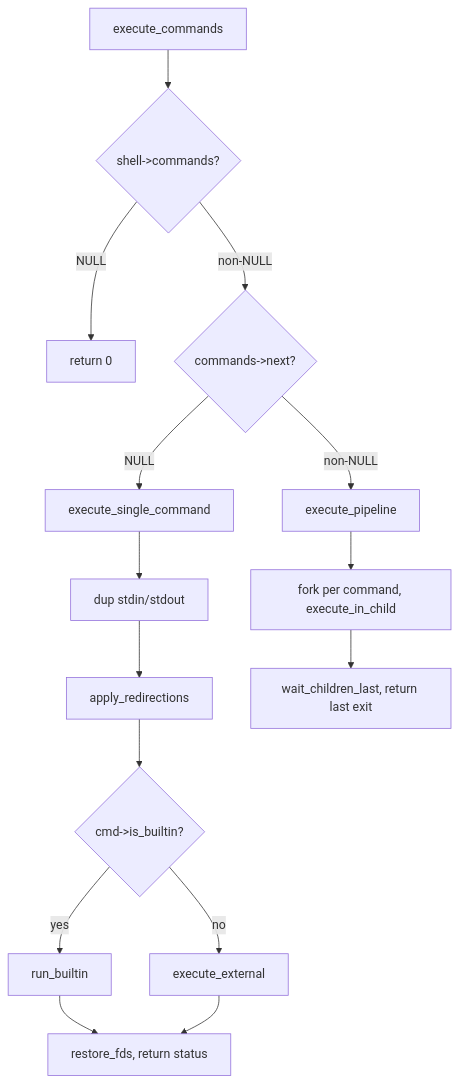
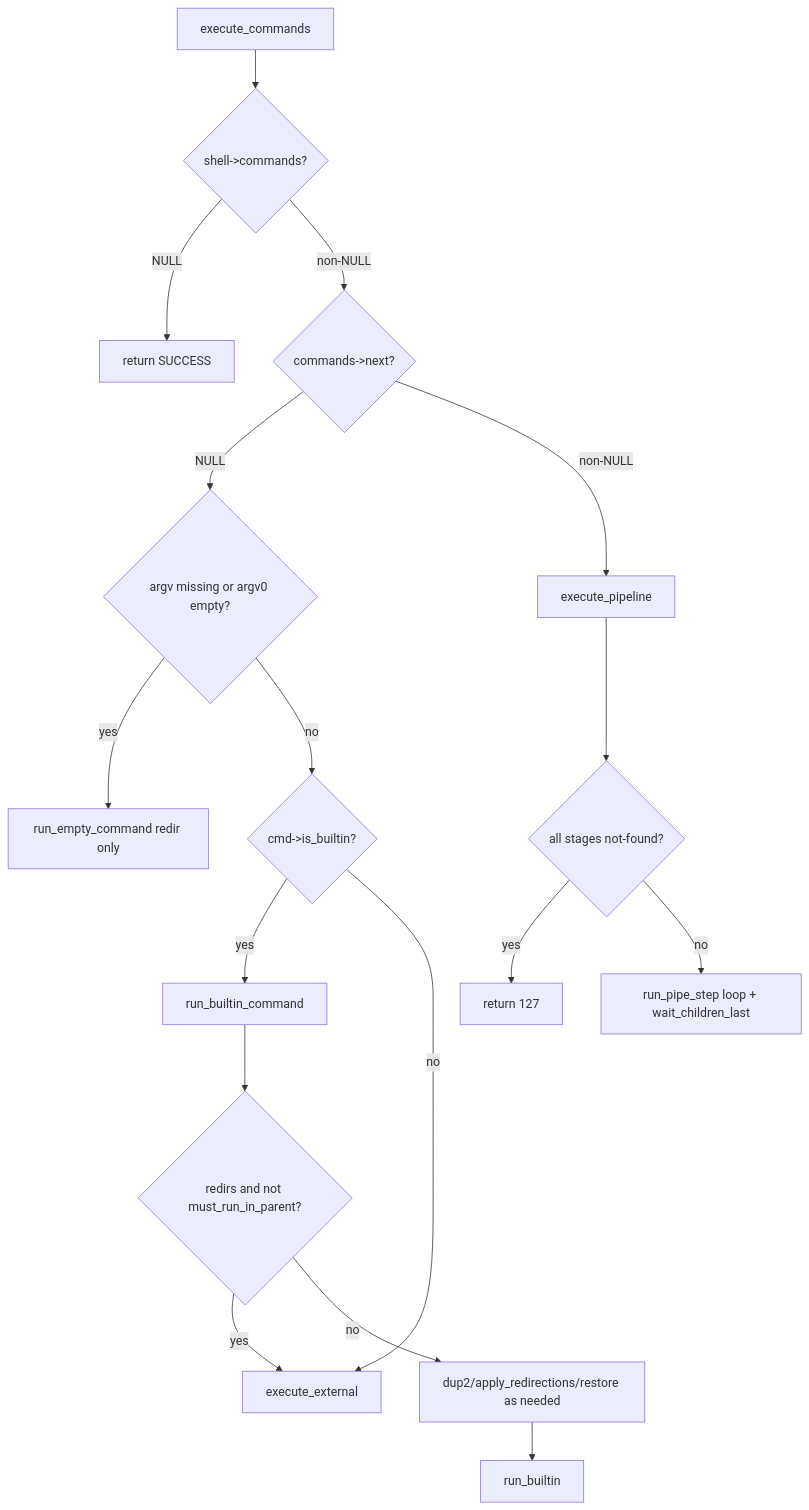
One commit to gkhavari/minishell changed the fifth of 6 diagrams in docs/MINISHELL_ARCHITECTURE.md. Above: the diagram before and after it, drawn with Mermaid. The commit also changed other lines of this file, not shown here.

First line of the commit message:
docs(architecture): sync MINISHELL_ARCHITECTURE with current source

````diff
--- a/docs/MINISHELL_ARCHITECTURE.md
+++ b/docs/MINISHELL_ARCHITECTURE.md
@@ -702,18 +663,20 @@
 ```mermaid
 flowchart TD
     EC[execute_commands]
     EC --> NO_CMD{shell->commands?}
-    NO_CMD -->|NULL| R0[return 0]
+    NO_CMD -->|NULL| R0[return SUCCESS]
     NO_CMD -->|non-NULL| ONE{commands->next?}
-    ONE -->|NULL| SINGLE[execute_single_command]
+    ONE -->|NULL| EMP{argv missing or argv0 empty?}
+    EMP -->|yes| EMPTY[run_empty_command redir only]
+    EMP -->|no| BUILTIN{cmd->is_builtin?}
+    BUILTIN -->|yes| RB[run_builtin_command]
+    BUILTIN -->|no| EXT[execute_external]
+    RB --> RBX{redirs and not must_run_in_parent?}
+    RBX -->|yes| EXT
+    RBX -->|no| RBP[dup2/apply_redirections/restore as needed]
+    RBP --> RUNB[run_builtin]
     ONE -->|non-NULL| PIPE[execute_pipeline]
-    SINGLE --> BACKUP[dup stdin/stdout]
-    BACKUP --> APPLY[apply_redirections]
-    APPLY --> BUILTIN{cmd->is_builtin?}
-    BUILTIN -->|yes| RUN_B[run_builtin]
-    BUILTIN -->|no| EXT[execute_external]
-    RUN_B --> RESTORE[restore_fds, return status]
-    EXT --> RESTORE
-    PIPE --> FORK[fork per command, execute_in_child]
-    FORK --> WAIT[wait_children_last, return last exit]
+    PIPE --> NF{all stages not-found?}
+    NF -->|yes| R127[return 127]
+    NF -->|no| FORK[run_pipe_step loop + wait_children_last]
 ```
````
